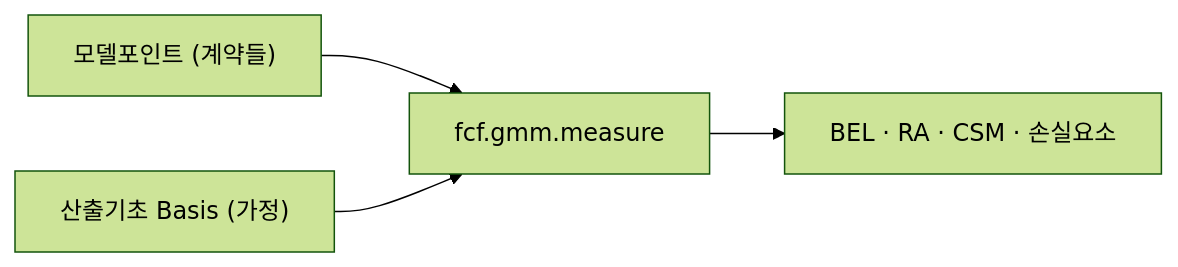
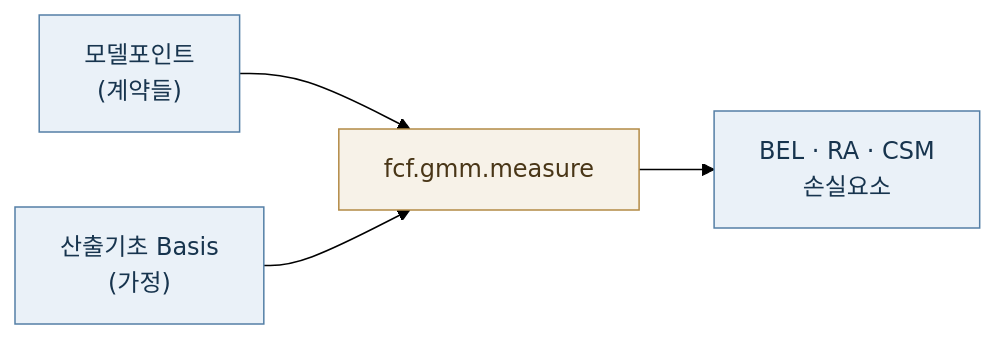
The diagram in docs/getting-started.md (seokhoonj/fastcashflow), drawn with Mermaid (forest theme) before and after one commit. The commit also changed 14 other files, not shown here.

First line of the commit message:
docs: unify every diagram to one flowchart style and fix the brief/figure layout

````diff
--- a/docs/getting-started.md
+++ b/docs/getting-started.md
@@ -17,6 +17,10 @@
 ```{mermaid}
 flowchart LR
-    MP["모델포인트 (계약들)"] --> M["fcf.gmm.measure"]
-    B["산출기초 Basis (가정)"] --> M
-    M --> OUT["BEL · RA · CSM · 손실요소"]
+    MP["모델포인트<br/>(계약들)"] --> M["fcf.gmm.measure"]
+    B["산출기초 Basis<br/>(가정)"] --> M
+    M --> OUT["BEL · RA · CSM<br/>손실요소"]
+    classDef stock fill:#eaf1f8,stroke:#547fa6,color:#17344e
+    classDef step fill:#f7f2e8,stroke:#b38a45,color:#493617
+    class MP,B,OUT stock
+    class M step
 ```
````
